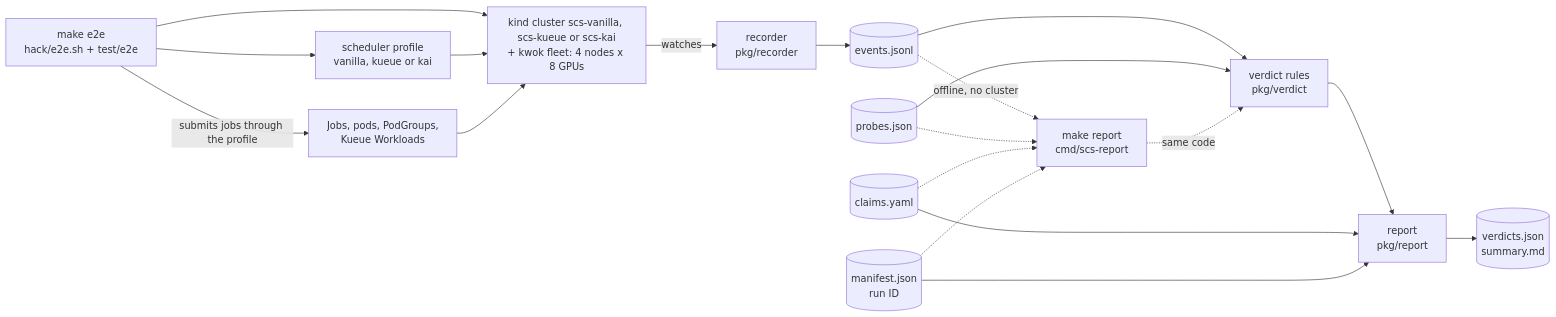
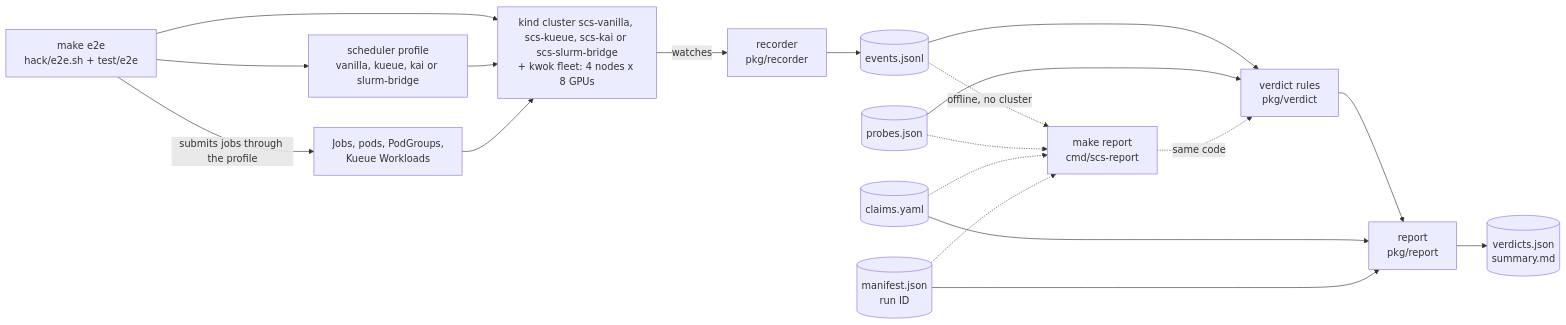
Before and after one commit to ArangoGutierrez/scheduler-capabilities-suite: the diagram in docs/architecture.md, drawn with Mermaid. The commit also changed other lines of this file and 28 other files, not shown here.

First line of the commit message:
feat(scheduler): add a slurm-bridge profile (#7)

````diff
--- a/docs/architecture.md
+++ b/docs/architecture.md
@@ -21,21 +22,21 @@
 ```mermaid
 flowchart LR
-    suite["make e2e<br/>hack/e2e.sh + test/e2e"] --> cluster["kind cluster scs-vanilla, scs-kueue or scs-kai<br/>+ kwok fleet: 4 nodes x 8 GPUs"]
-    suite --> profile["scheduler profile<br/>vanilla, kueue or kai"]
+    suite["make e2e<br/>hack/e2e.sh + test/e2e"] --> cluster["kind cluster scs-vanilla, scs-kueue, scs-kai or scs-slurm-bridge<br/>+ kwok fleet: 4 nodes x 8 GPUs"]
+    suite --> profile["scheduler profile<br/>vanilla, kueue, kai or slurm-bridge"]
     profile --> cluster
     suite -- "submits jobs through the profile" --> workloads["Jobs, pods, PodGroups,<br/>Kueue Workloads"]
     workloads --> cluster
     cluster -- "watches" --> recorder["recorder<br/>pkg/recorder"]
     recorder --> events[("events.jsonl")]
     events --> rules["verdict rules<br/>pkg/verdict"]
     probes[("probes.json")] --> rules
     rules --> report["report<br/>pkg/report"]
     claims[("claims.yaml")] --> report
     manifest[("manifest.json<br/>run ID")] --> report
     report --> out[("verdicts.json<br/>summary.md")]
     events -. "offline, no cluster" .-> rebuild["make report<br/>cmd/scs-report"]
     probes -.-> rebuild
     claims -.-> rebuild
     manifest -.-> rebuild
     rebuild -. "same code" .-> rules
 ```
````
